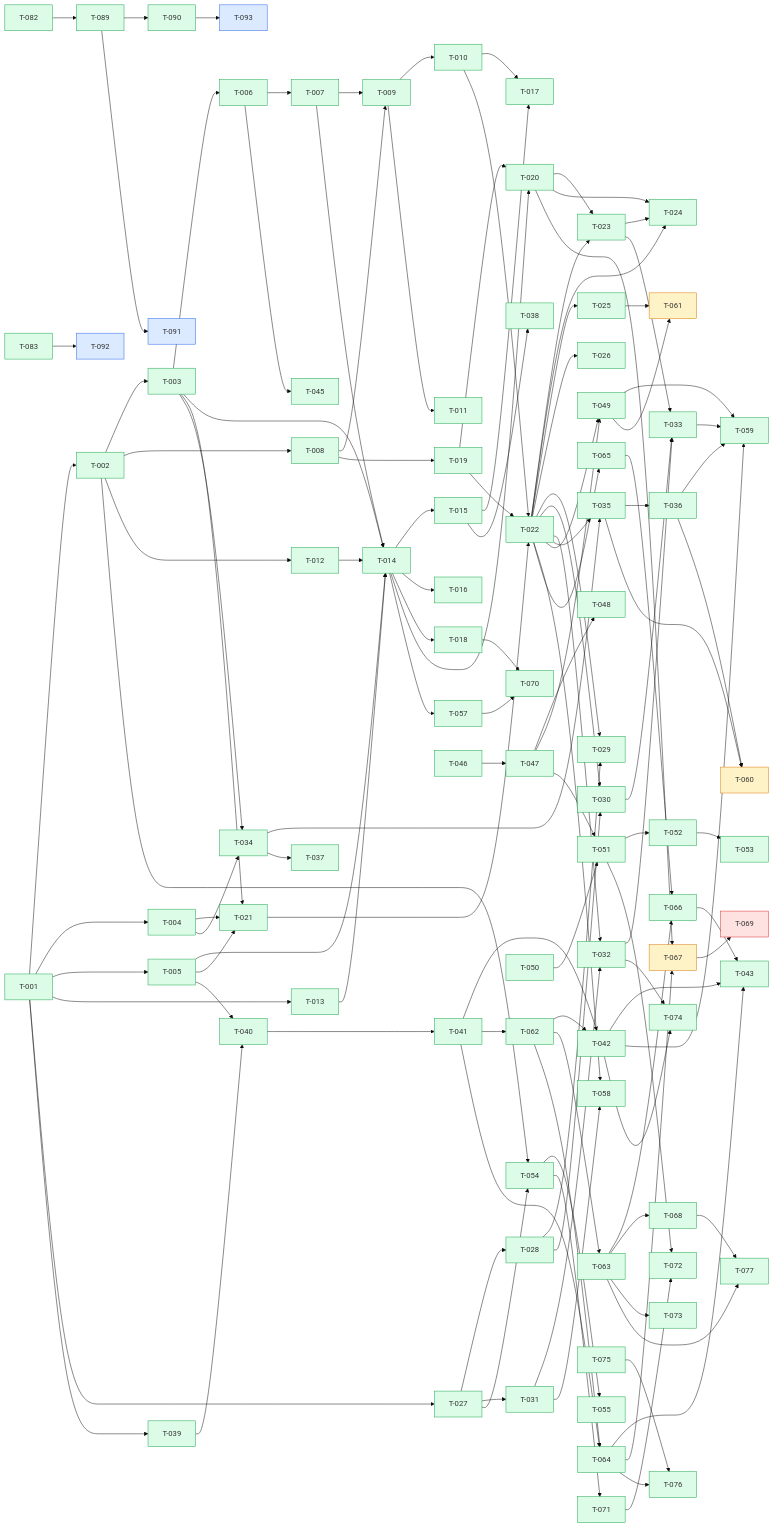
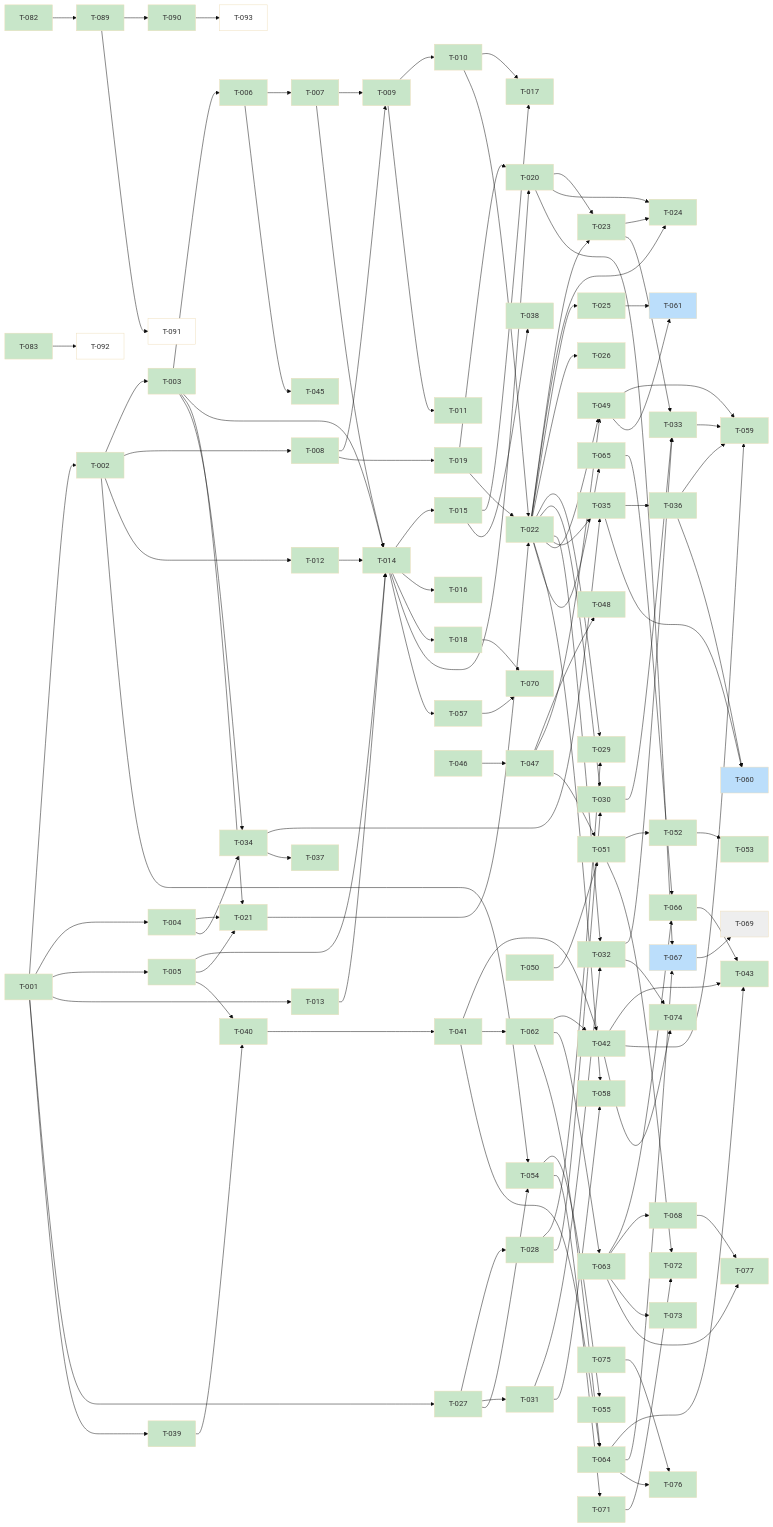
The diagram in kanban/BOARD.md (scholtz/biatec-chat), drawn with Mermaid (base theme) before and after one commit. The commit also changed other lines of this file, not shown here.

Commit message:
kanban: sync board (merged tasks done, unblock dependants)

````diff
--- a/kanban/BOARD.md
+++ b/kanban/BOARD.md
@@ -247,103 +247,13 @@
   T089[T-089] --> T091[T-091]
   T083[T-083] --> T092[T-092]
   T090[T-090] --> T093[T-093]
-  classDef backlog fill:#dbeafe,stroke:#2563eb
-  classDef prog fill:#fef3c7,stroke:#d97706
-  classDef blocked fill:#fee2e2,stroke:#dc2626
-  classDef review fill:#ede9fe,stroke:#7c3aed
-  classDef done fill:#dcfce7,stroke:#16a34a
-  class T001 done
-  class T002 done
-  class T003 done
-  class T004 done
-  class T005 done
-  class T006 done
-  class T007 done
-  class T008 done
-  class T009 done
-  class T010 done
-  class T011 done
-  class T012 done
-  class T013 done
-  class T014 done
-  class T015 done
-  class T016 done
-  class T017 done
-  class T018 done
-  class T019 done
-  class T020 done
-  class T021 done
-  class T022 done
-  class T023 done
-  class T024 done
-  class T025 done
-  class T026 done
-  class T027 done
-  class T028 done
-  class T029 done
-  class T030 done
-  class T031 done
-  class T032 done
-  class T033 done
-  class T034 done
-  class T035 done
-  class T036 done
-  class T037 done
-  class T038 done
-  class T039 done
-  class T040 done
-  class T041 done
-  class T042 done
-  class T043 done
-  class T044 done
-  class T045 done
-  class T046 done
-  class T047 done
-  class T048 done
-  class T049 done
-  class T050 done
-  class T051 done
-  class T052 done
-  class T053 done
-  class T054 done
-  class T055 done
-  class T056 done
-  class T057 done
-  class T058 done
-  class T059 done
-  class T060 prog
-  class T061 prog
-  class T062 done
-  class T063 done
-  class T064 done
-  class T065 done
-  class T066 done
-  class T067 prog
-  class T068 done
+  classDef done fill:#c8e6c9
+  classDef review fill:#fff9c4
+  classDef inprogress fill:#bbdefb
+  classDef backlog fill:#ffffff
+  classDef blocked fill:#eeeeee
+  class T001,T002,T003,T004,T005,T006,T007,T008,T009,T010,T011,T012,T013,T014,T015,T016,T017,T018,T019,T020,T021,T022,T023,T024,T025,T026,T027,T028,T029,T030,T031,T032,T033,T034,T035,T036,T037,T038,T039,T040,T041,T042,T043,T044,T045,T046,T047,T048,T049,T050,T051,T052,T053,T054,T055,T056,T057,T058,T059,T062,T063,T064,T065,T066,T068,T070,T071,T072,T073,T074,T075,T076,T077,T078,T079,T080,T081,T082,T083,T084,T089,T090 done
+  class T087,T088,T060,T061,T067 inprogress
+  class T085,T086,T091,T092,T093 backlog
   class T069 blocked
-  class T070 done
-  class T071 done
-  class T072 done
-  class T073 done
-  class T074 done
-  class T075 done
-  class T076 done
-  class T077 done
-  class T078 done
-  class T079 done
-  class T080 done
-  class T081 done
-  class T082 done
-  class T083 done
-  class T084 done
-  class T085 backlog
-  class T086 backlog
-  class T087 prog
-  class T088 prog
-  class T089 done
-  class T090 done
-  class T091 backlog
-  class T092 backlog
-  class T093 backlog
-
 ```
````
